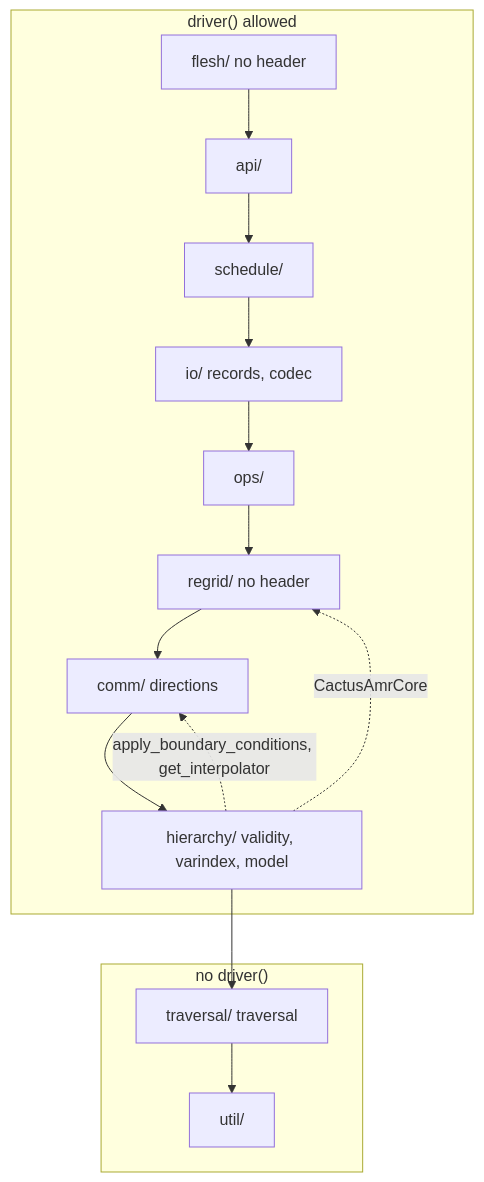
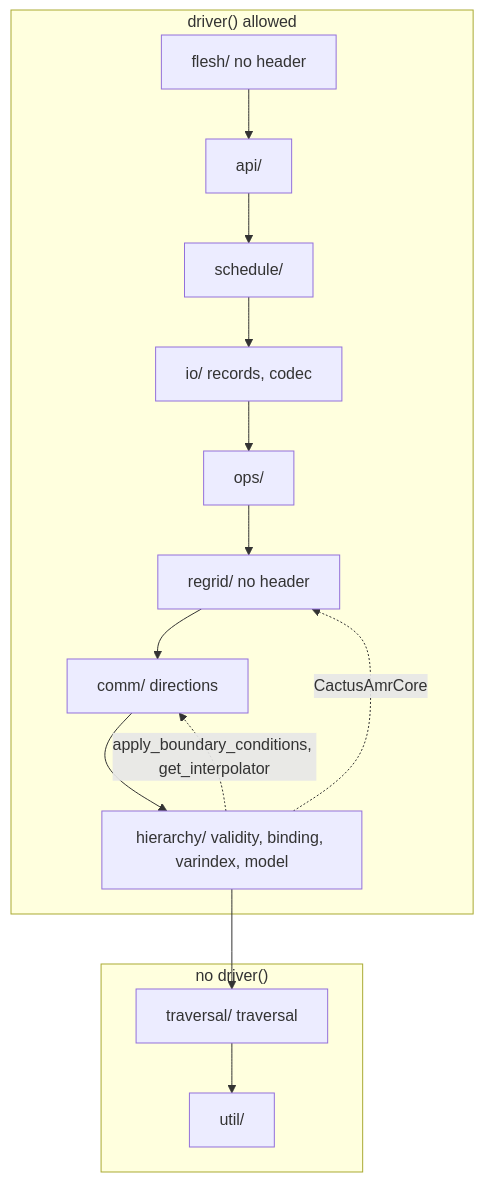
One commit to lwJi/CarpetX changed the first of 3 diagrams in agent_docs/carpetx-internals.md. Above: the diagram before and after it, drawn with Mermaid. The commit also changed other lines of this file and 2 other files, not shown here.

Commit message:
lint: a binding rule keeps pointer-table writes in hierarchy/binding.cxx
A cGH data[var][tl] entry assigned anywhere in CarpetX/src but
hierarchy/binding.cxx is now a boundary finding, so a new bind or
rotation cannot bypass cctkGH_binding and leave a copy stale. The rule
passes == comparisons, single-bracket row copies and 2-D locals.

agent_docs: the hierarchy/ layer owns the cGH pointer tables through
cctkGH_binding, which is also a friend of GHExt's mutable_instance.

````diff
--- a/agent_docs/carpetx-internals.md
+++ b/agent_docs/carpetx-internals.md
@@ -9,21 +9,21 @@
 ```mermaid
 %% python3 scripts/lint doc --write rewrites this block: the stack
 flowchart TB
   subgraph door["driver() allowed"]
     flesh["flesh/ no header"]
     api["api/"]
     schedule["schedule/"]
     io["io/ records, codec"]
     ops["ops/"]
     regrid["regrid/ no header"]
     comm["comm/ directions"]
-    hierarchy["hierarchy/ validity, varindex, model"]
+    hierarchy["hierarchy/ validity, binding, varindex, model"]
   end
   subgraph nodoor["no driver()"]
     traversal["traversal/ traversal"]
     util["util/"]
   end
   flesh --> api --> schedule --> io --> ops --> regrid --> comm --> hierarchy --> traversal --> util
   hierarchy -. "CactusAmrCore" .-> regrid
   hierarchy -. "apply_boundary_conditions, get_interpolator" .-> comm
 ```
````
